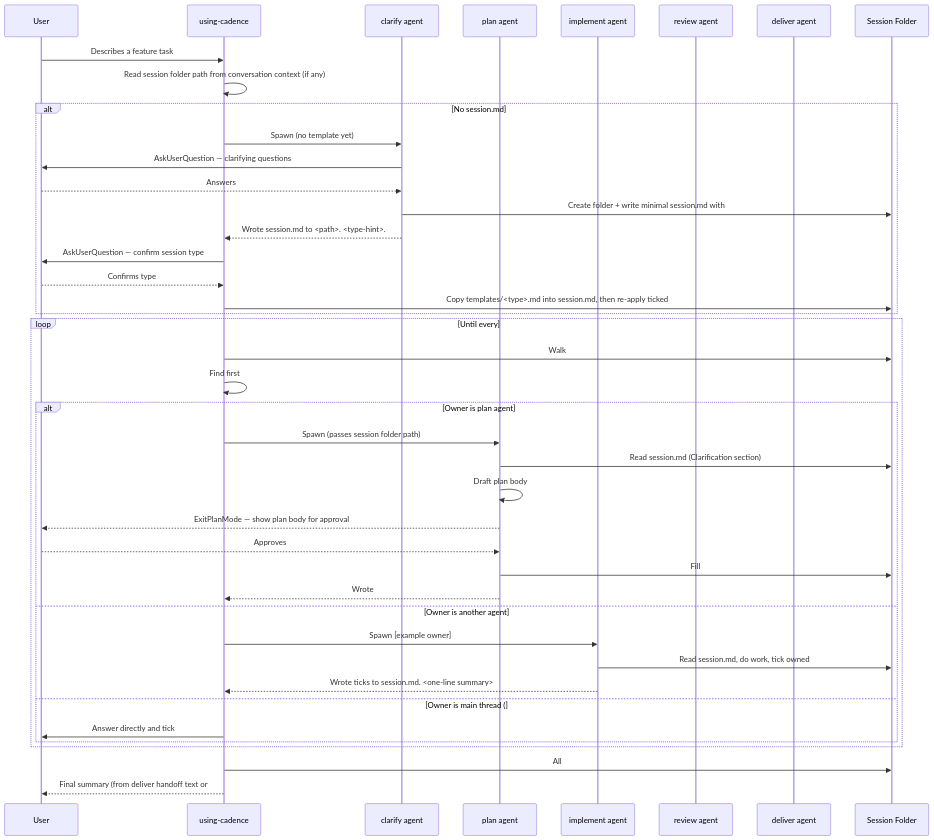
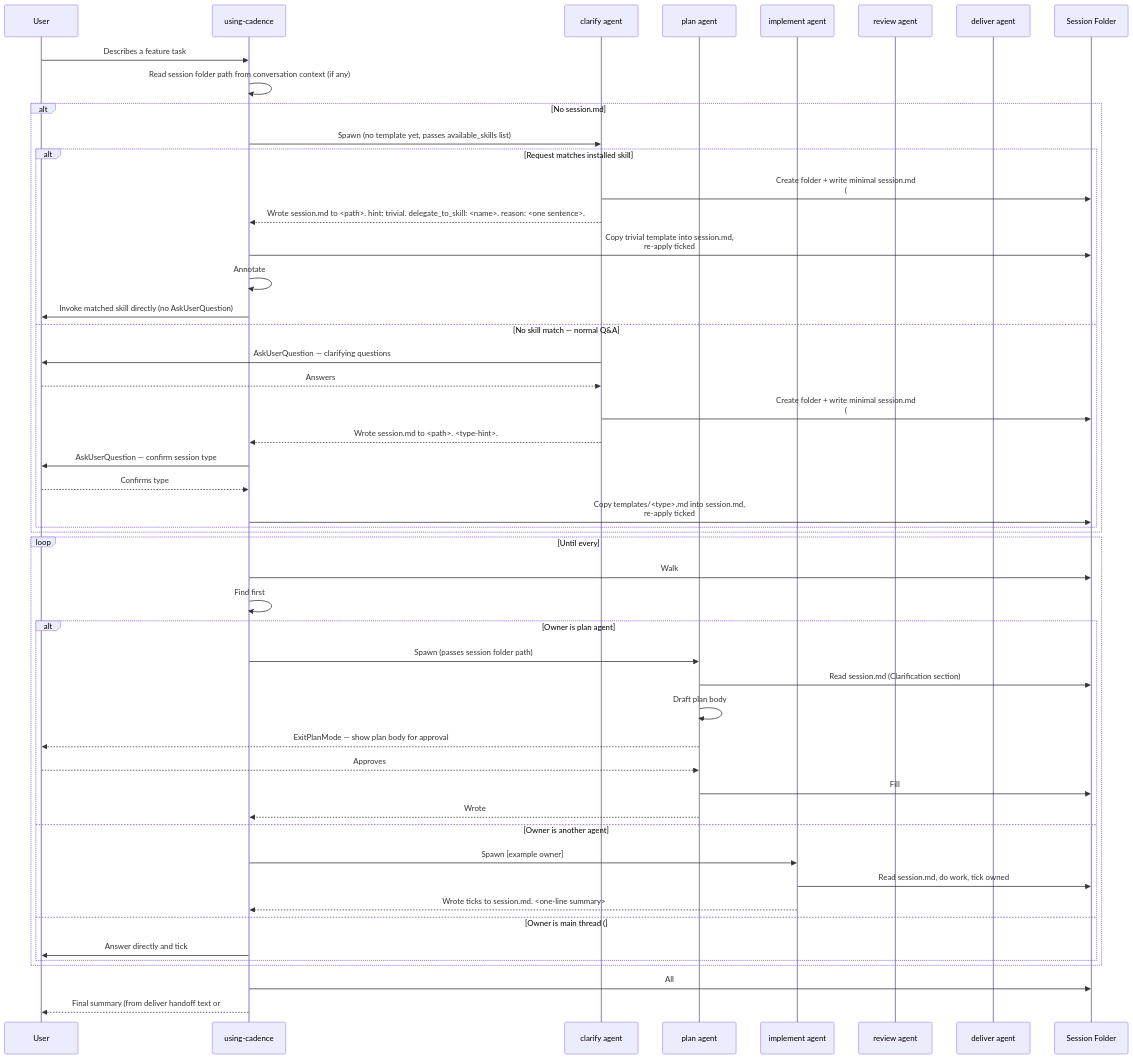
Before and after one commit to vivaxy/claude-code-plugin-graph-driven-development: the diagram in plugins/cadence/docs/c4-seq-execution.md, drawn with Mermaid. The commit also changed other lines of this file and 3 other files, not shown here.

First line of the commit message:
feat(cadence): add skill-match shortcut to clarify agent

````diff
--- a/plugins/cadence/docs/c4-seq-execution.md
+++ b/plugins/cadence/docs/c4-seq-execution.md
@@ -9,47 +9,55 @@
 ```mermaid
 sequenceDiagram
   participant User
   participant Routing as using-cadence
   participant Clarify as clarify agent
   participant Plan as plan agent
   participant Impl as implement agent
   participant Review as review agent
   participant Deliver as deliver agent
   participant Folder as Session Folder
 
   User->>Routing: Describes a feature task
   Routing->>Routing: Read session folder path from conversation context (if any)
   alt No session.md
-    Routing->>Clarify: Spawn (no template yet)
-    Clarify->>User: AskUserQuestion — clarifying questions
-    User-->>Clarify: Answers
-    Clarify->>Folder: Create folder + write minimal session.md with ### Clarification ticked under ## CheckList and ## Clarification body filled
-    Clarify-->>Routing: Wrote session.md to <path>. <type-hint>.
-    Routing->>User: AskUserQuestion — confirm session type
-    User-->>Routing: Confirms type
-    Routing->>Folder: Copy templates/<type>.md into session.md, then re-apply ticked ### Clarification + filled ## Clarification body
+    Routing->>Clarify: Spawn (no template yet, passes available_skills list)
+    alt Request matches installed skill
+      Clarify->>Folder: Create folder + write minimal session.md<br>(### Clarification ticked, ## Clarification body filled)
+      Clarify-->>Routing: Wrote session.md to <path>. hint: trivial. delegate_to_skill: <name>. reason: <one sentence>.
+      Routing->>Folder: Copy trivial template into session.md,<br>re-apply ticked ### Clarification + filled ## Clarification body
+      Routing->>Routing: Annotate ### Answer item with "invoke <skill-name>"
+      Routing->>User: Invoke matched skill directly (no AskUserQuestion)
+    else No skill match — normal Q&A
+      Clarify->>User: AskUserQuestion — clarifying questions
+      User-->>Clarify: Answers
+      Clarify->>Folder: Create folder + write minimal session.md<br>(### Clarification ticked, ## Clarification body filled)
+      Clarify-->>Routing: Wrote session.md to <path>. <type-hint>.
+      Routing->>User: AskUserQuestion — confirm session type
+      User-->>Routing: Confirms type
+      Routing->>Folder: Copy templates/<type>.md into session.md,<br>re-apply ticked ### Clarification + filled ## Clarification body
+    end
   end
 
   loop Until every ### sub-section under ## CheckList is fully ticked
     Routing->>Folder: Walk ## CheckList top-to-bottom
     Routing->>Routing: Find first ### Sub-section with any unchecked item; look up owner
     alt Owner is plan agent
       Routing->>Plan: Spawn (passes session folder path)
       Plan->>Folder: Read session.md (Clarification section)
       Plan->>Plan: Draft plan body
       Plan-->>User: ExitPlanMode — show plan body for approval
       User-->>Plan: Approves
       Plan->>Folder: Fill ## Plan blanks, populate ### Implementation work items, tick ### Plan
       Plan-->>Routing: Wrote ## Plan to session.md. <one-line summary>
     else Owner is another agent
       Routing->>Impl: Spawn [example owner]
       Impl->>Folder: Read session.md, do work, tick owned ### sub-section, fill matching ## body
       Impl-->>Routing: Wrote ticks to session.md. <one-line summary>
     else Owner is main thread (### Answer)
       Routing->>User: Answer directly and tick ### Answer items
     end
   end
 
   Routing->>Folder: All ### sub-sections ticked — pick terminal output (deliver agent handoff for build/analysis sessions, ## Answer body for trivial sessions)
   Routing-->>User: Final summary (from deliver handoff text or ## Answer body — never read from a ### Final Summary block)
 ```
````
